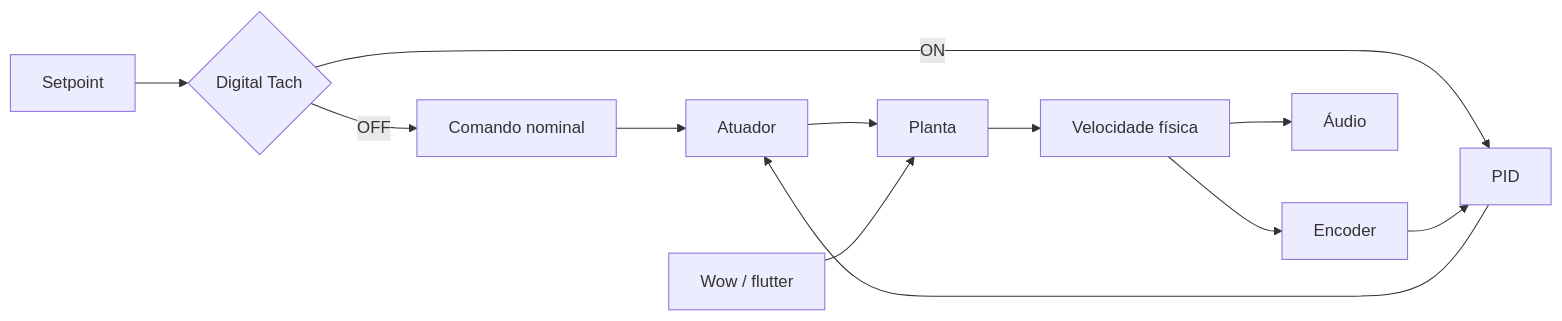
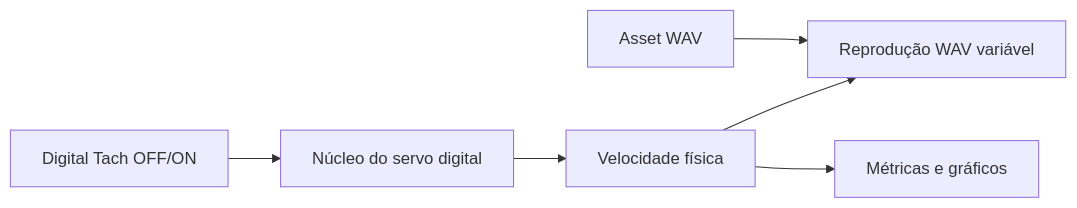
Before and after one commit to gut0leao/tapepilot-sim: the diagram in docs/changes/audible-digital-tach-demo/design.md, drawn with Mermaid. The commit also changed other lines of this file and 23 other files, not shown here.

Commit message:
Extract digital servo foundation components

````diff
--- a/docs/changes/audible-digital-tach-demo/design.md
+++ b/docs/changes/audible-digital-tach-demo/design.md
@@ -5,14 +5,8 @@
 ```mermaid
 flowchart LR
-    Setpoint --> Selector{Digital Tach}
-    Selector -->|OFF| Nominal[Comando nominal]
-    Selector -->|ON| PID
-    Nominal --> Actuator[Atuador]
-    PID --> Actuator
-    Actuator --> Plant[Planta]
-    Disturbance[Wow / flutter] --> Plant
-    Plant --> Speed[Velocidade física]
-    Speed --> Encoder
-    Encoder --> PID
-    Speed --> Audio[Áudio]
+    Foundation[Núcleo do servo digital] --> Speed[Velocidade física]
+    Speed --> Audio[Reprodução WAV variável]
+    Speed --> Metrics[Métricas e gráficos]
+    Toggle[Digital Tach OFF/ON] --> Foundation
+    Asset[Asset WAV] --> Audio
 ```
````
